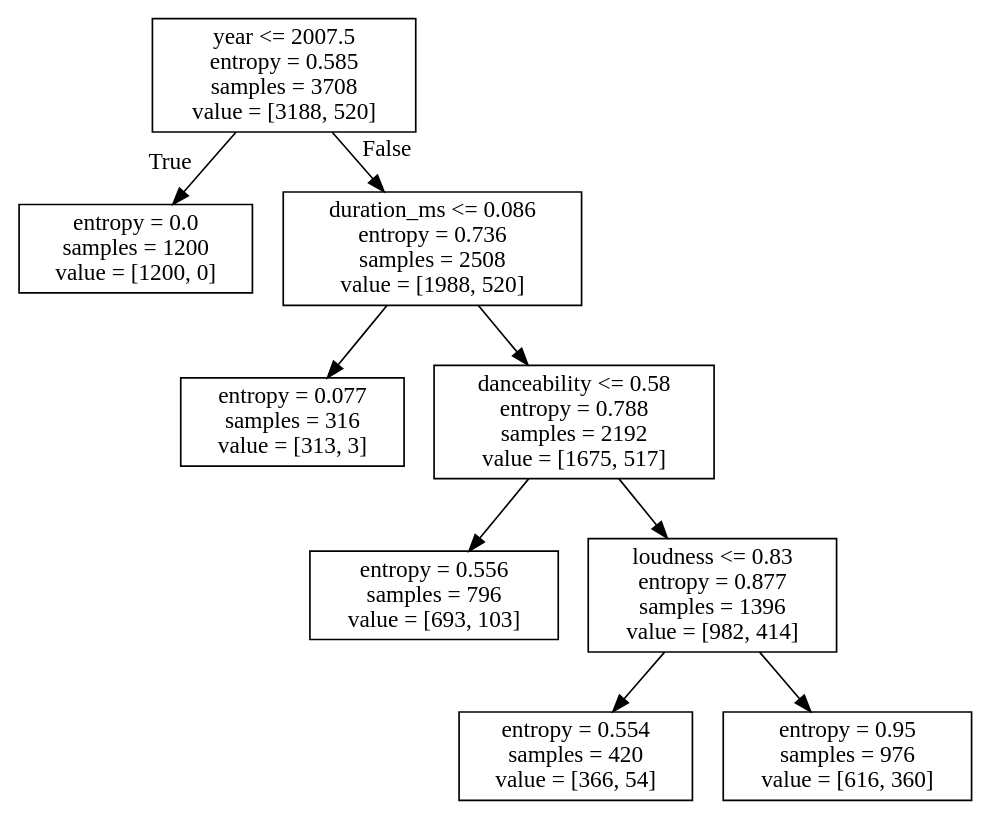
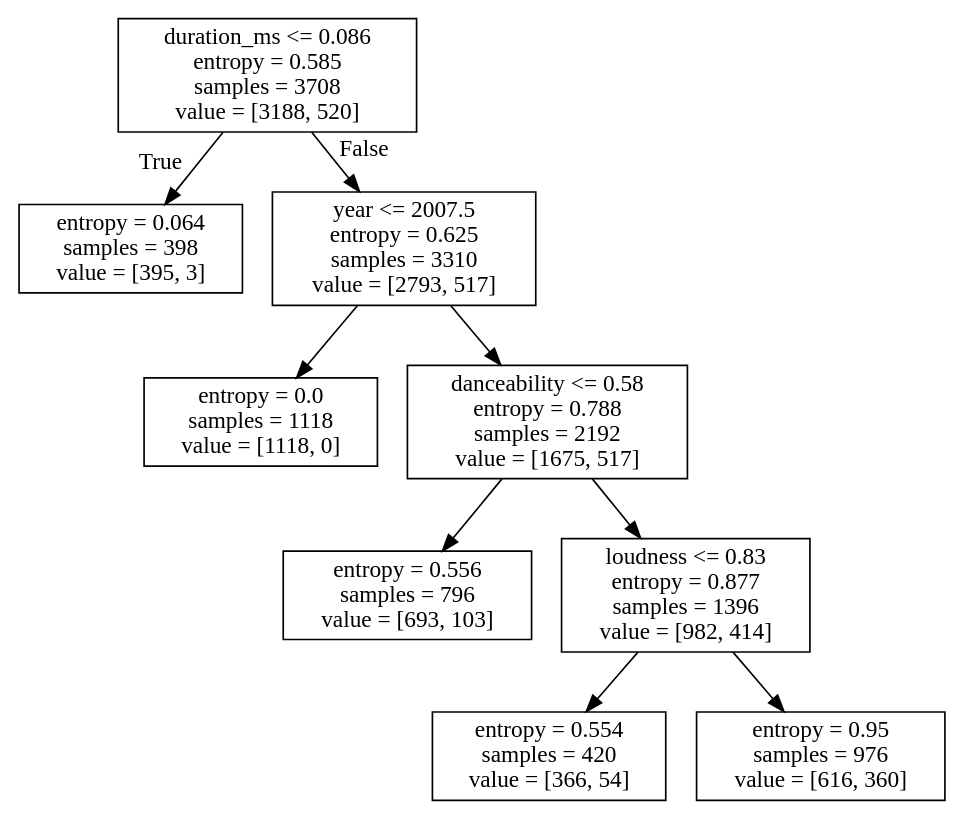
One commit to CrystalCo/audio_features_popularity_classifiers changed the diagram in pop_DT.dot. Above: the diagram before and after it, drawn with Graphviz. The commit also changed 14 other files, not shown here.

```diff
--- a/pop_DT.dot
+++ b/pop_DT.dot
@@ -1,20 +1,20 @@
 digraph Tree {
 node [shape=box] ;
-0 [label="year <= 2007.5\nentropy = 0.585\nsamples = 3708\nvalue = [3188, 520]"] ;
-1 [label="entropy = 0.0\nsamples = 1200\nvalue = [1200, 0]"] ;
+0 [label="duration_ms <= 0.086\nentropy = 0.585\nsamples = 3708\nvalue = [3188, 520]"] ;
+1 [label="entropy = 0.064\nsamples = 398\nvalue = [395, 3]"] ;
 0 -> 1 [labeldistance=2.5, labelangle=45, headlabel="True"] ;
-2 [label="duration_ms <= 0.086\nentropy = 0.736\nsamples = 2508\nvalue = [1988, 520]"] ;
+2 [label="year <= 2007.5\nentropy = 0.625\nsamples = 3310\nvalue = [2793, 517]"] ;
 0 -> 2 [labeldistance=2.5, labelangle=-45, headlabel="False"] ;
-3 [label="entropy = 0.077\nsamples = 316\nvalue = [313, 3]"] ;
+3 [label="entropy = 0.0\nsamples = 1118\nvalue = [1118, 0]"] ;
 2 -> 3 ;
 4 [label="danceability <= 0.58\nentropy = 0.788\nsamples = 2192\nvalue = [1675, 517]"] ;
 2 -> 4 ;
 5 [label="entropy = 0.556\nsamples = 796\nvalue = [693, 103]"] ;
 4 -> 5 ;
 6 [label="loudness <= 0.83\nentropy = 0.877\nsamples = 1396\nvalue = [982, 414]"] ;
 4 -> 6 ;
 7 [label="entropy = 0.554\nsamples = 420\nvalue = [366, 54]"] ;
 6 -> 7 ;
 8 [label="entropy = 0.95\nsamples = 976\nvalue = [616, 360]"] ;
 6 -> 8 ;
 }
```
